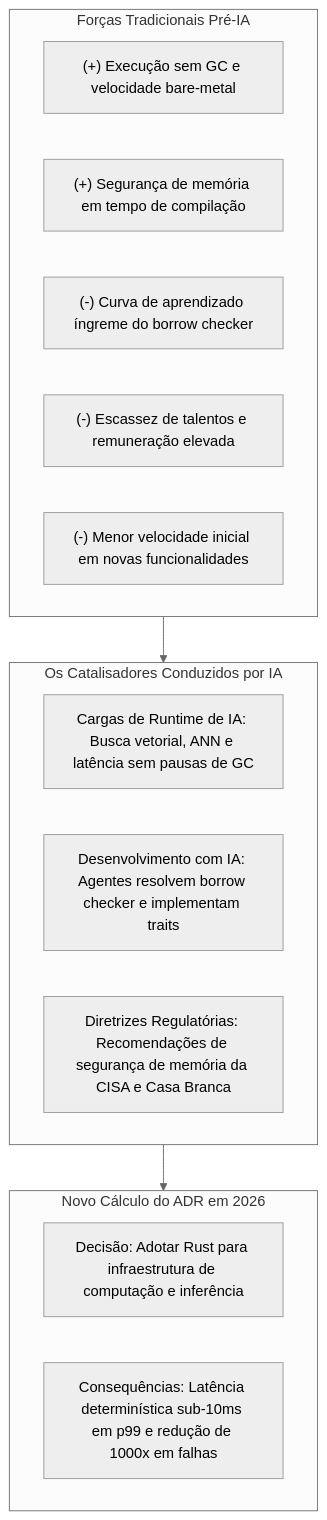
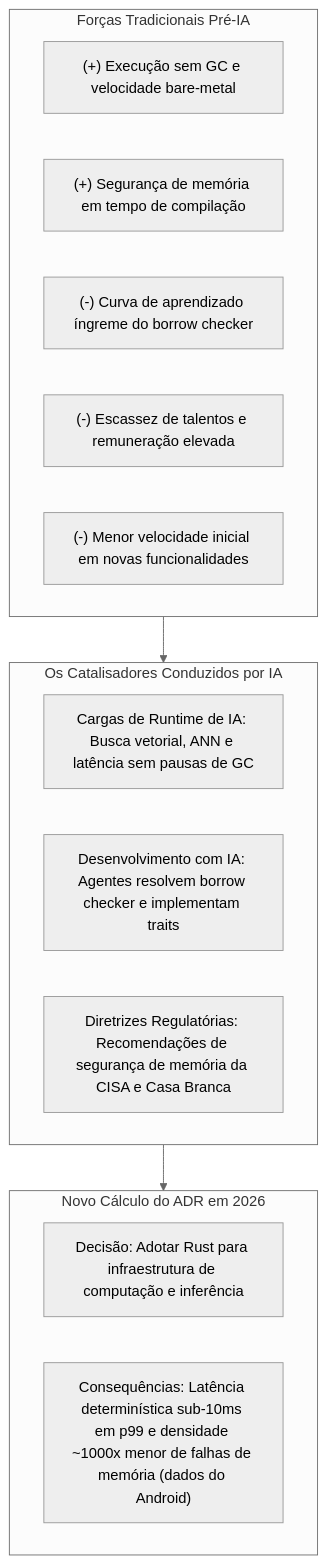
One commit to marcelomiyake/marcelomiyake.github.io changed the first of 2 diagrams in _posts/2026-10-08-ai-adrs-rust-adoption-pt-br.markdown. Above: the diagram before and after it, drawn with Mermaid (neutral theme). The commit also changed other lines of this file and 21 other files, not shown here.

First line of the commit message:
fix(blog): update facts, make diagrams legible, and align translations

````diff
--- a/_posts/2026-10-08-ai-adrs-rust-adoption-pt-br.markdown
+++ b/_posts/2026-10-08-ai-adrs-rust-adoption-pt-br.markdown
@@ -19,26 +19,26 @@
 ```mermaid
 flowchart TD
     accTitle: Como a IA altera as forças de trade-off em um ADR de Rust corporativo
     accDescr: Forças anteriores equilibravam segurança em runtime com penalidade de velocidade. A IA introduz restrições severas de latência em cargas de vetores enquanto agentes de código comprimem a curva de aprendizado e o ciclo do compilador, direcionando o ADR para a adoção.
     subgraph PreAI ["Forças Tradicionais Pré-IA"]
         P1["(+) Execução sem GC e velocidade bare-metal"]
         P2["(+) Segurança de memória em tempo de compilação"]
         N1["(-) Curva de aprendizado íngreme do borrow checker"]
         N2["(-) Escassez de talentos e remuneração elevada"]
         N3["(-) Menor velocidade inicial em novas funcionalidades"]
     end
 
     subgraph AIShifts ["Os Catalisadores Conduzidos por IA"]
         AI_Run["Cargas de Runtime de IA: Busca vetorial, ANN e latência sem pausas de GC"]
         AI_Dev["Desenvolvimento com IA: Agentes resolvem borrow checker e implementam traits"]
         Gov["Diretrizes Regulatórias: Recomendações de segurança de memória da CISA e Casa Branca"]
     end
 
     subgraph ModernADR ["Novo Cálculo do ADR em 2026"]
         Dec["Decisão: Adotar Rust para infraestrutura de computação e inferência"]
-        Cons["Consequências: Latência determinística sub-10ms em p99 e redução de 1000x em falhas"]
+        Cons["Consequências: Latência determinística sub-10ms em p99 e densidade ~1000x menor de falhas de memória (dados do Android)"]
     end
 
     PreAI --> AIShifts
     AIShifts --> ModernADR
 ```
````
